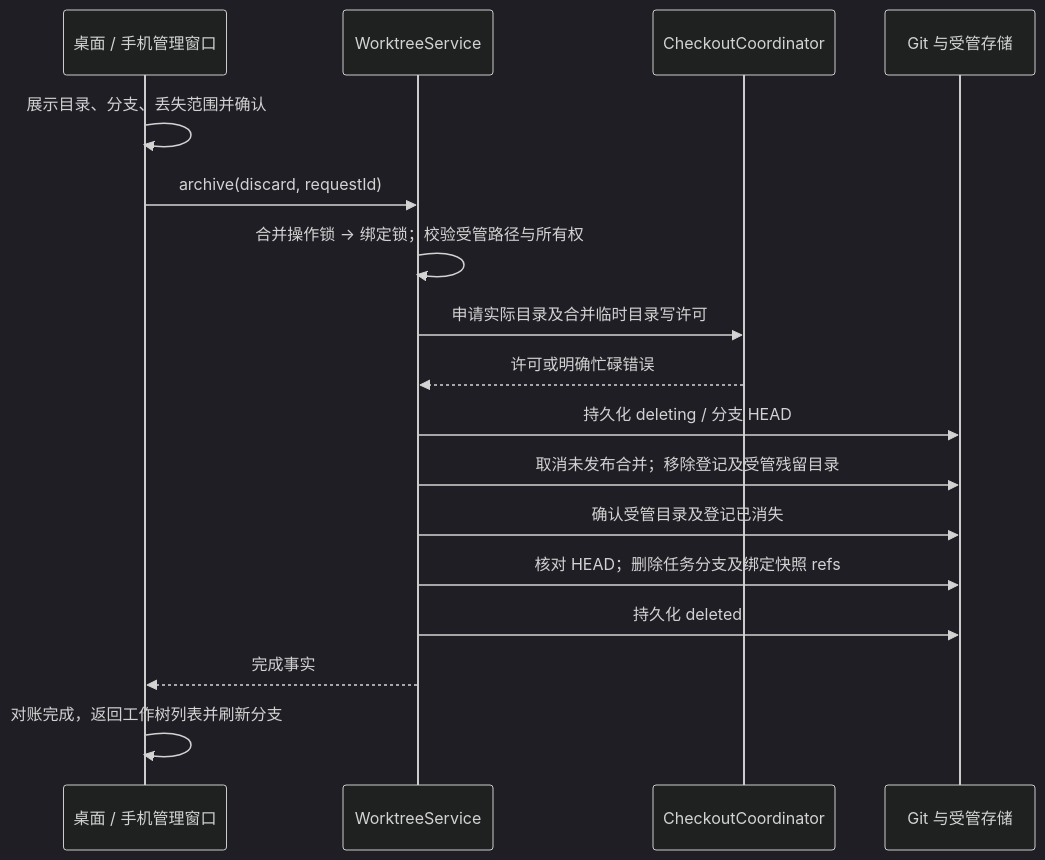
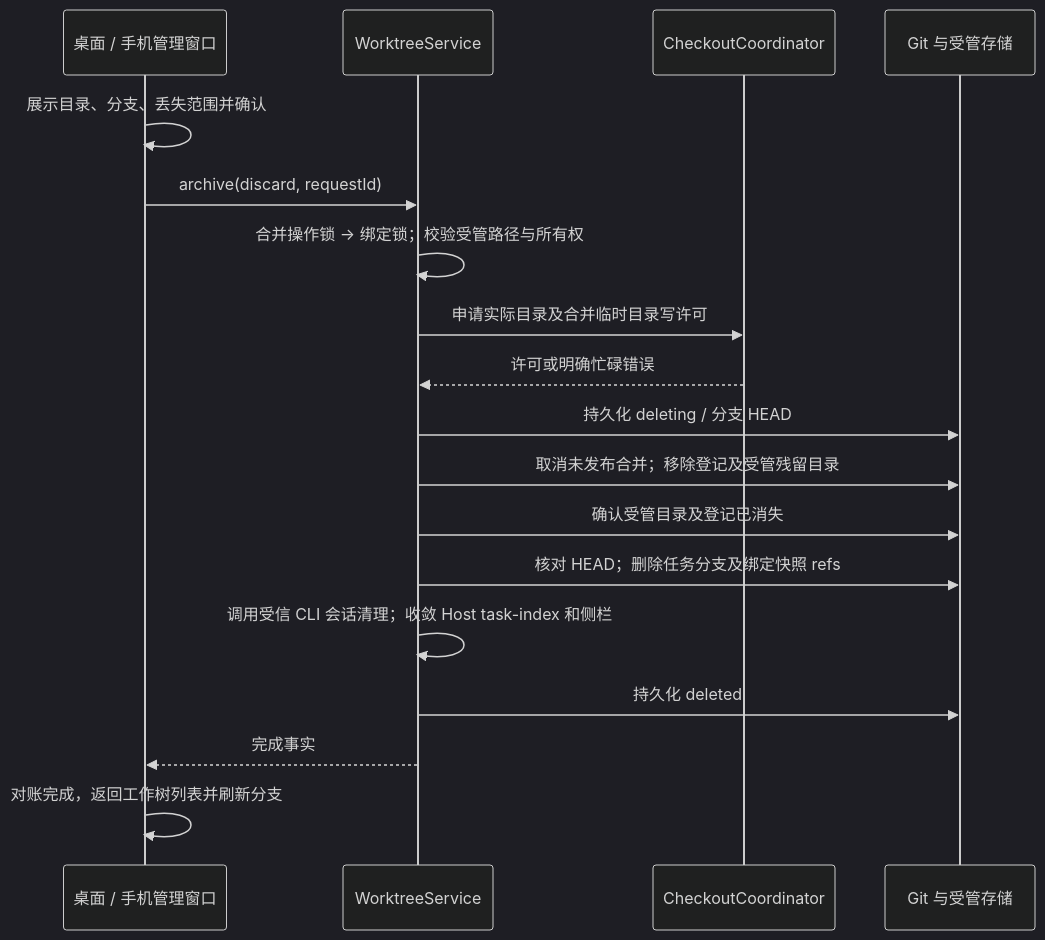
One commit to lemon-casino/LemonCode changed the first of 2 diagrams in specs/worktree-discard.md. Above: the diagram before and after it, drawn with Mermaid (dark theme). The commit also changed other lines of this file and 32 other files, not shown here.

````diff
--- a/specs/worktree-discard.md
+++ b/specs/worktree-discard.md
@@ -25,19 +27,20 @@
 ```mermaid
 sequenceDiagram
   participant UI as 桌面 / 手机管理窗口
   participant Host as WorktreeService
   participant Lease as CheckoutCoordinator
   participant Git as Git 与受管存储
   UI->>UI: 展示目录、分支、丢失范围并确认
   UI->>Host: archive(discard, requestId)
   Host->>Host: 合并操作锁 → 绑定锁；校验受管路径与所有权
   Host->>Lease: 申请实际目录及合并临时目录写许可
   Lease-->>Host: 许可或明确忙碌错误
   Host->>Git: 持久化 deleting / 分支 HEAD
   Host->>Git: 取消未发布合并；移除登记及受管残留目录
   Host->>Git: 确认受管目录及登记已消失
   Host->>Git: 核对 HEAD；删除任务分支及绑定快照 refs
+  Host->>Host: 调用受信 CLI 会话清理；收敛 Host task-index 和侧栏
   Host->>Git: 持久化 deleted
   Host-->>UI: 完成事实
   UI->>UI: 对账完成，返回工作树列表并刷新分支
 ```
````
